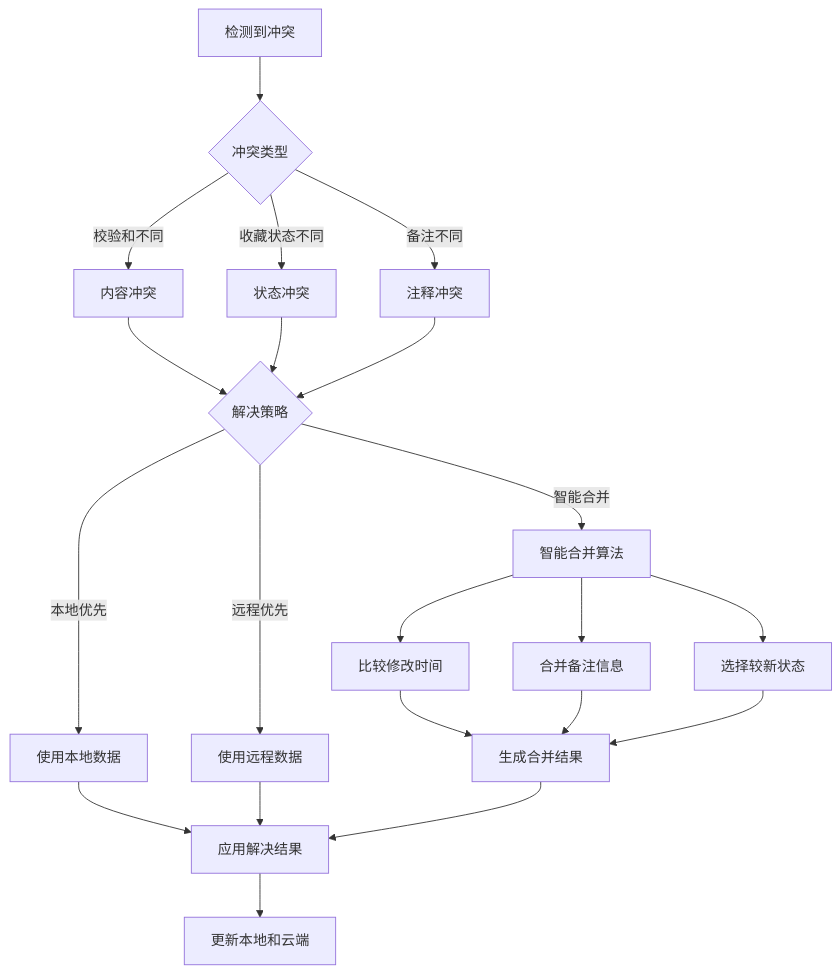
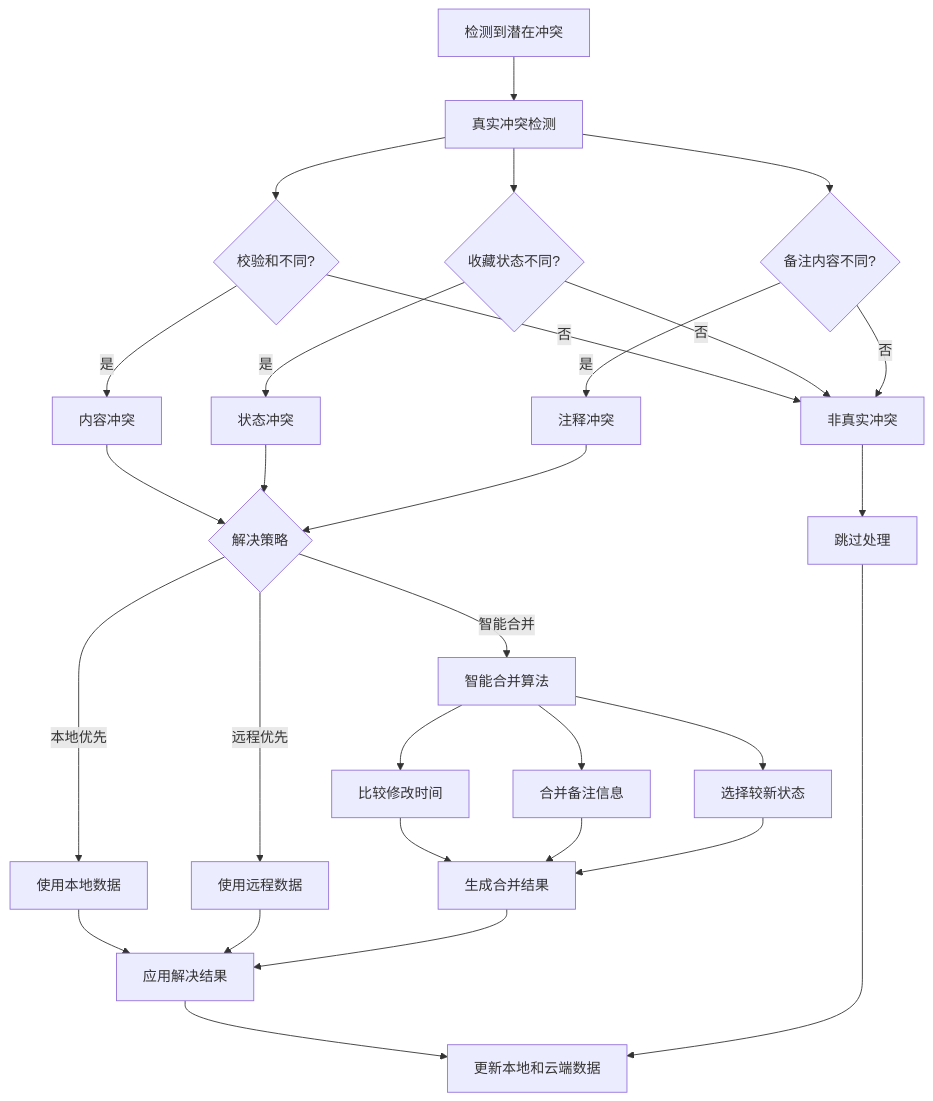
The fifth of 10 diagrams in docs/architecture-diagram.md (Ruszero01/EcoPaste-Sync), drawn with Mermaid before and after one commit. The commit also changed other lines of this file and 5 other files, not shown here.

````diff
--- a/docs/architecture-diagram.md
+++ b/docs/architecture-diagram.md
@@ -126,30 +184,40 @@
 ```mermaid
 graph TD
-    A[检测到冲突] --> B{冲突类型}
+    A[检测到潜在冲突] --> B[真实冲突检测]
 
-    B -->|校验和不同| C[内容冲突]
-    B -->|收藏状态不同| D[状态冲突]
-    B -->|备注不同| E[注释冲突]
+    B --> C{校验和不同?}
+    B --> D{收藏状态不同?}
+    B --> E{备注内容不同?}
 
-    C --> F{解决策略}
-    D --> F
-    E --> F
+    C -->|是| F[内容冲突]
+    D -->|是| G[状态冲突]
+    E -->|是| H[注释冲突]
 
-    F -->|本地优先| G[使用本地数据]
-    F -->|远程优先| H[使用远程数据]
-    F -->|智能合并| I[智能合并算法]
+    C -->|否| I[非真实冲突]
+    D -->|否| I
+    E -->|否| I
 
-    I --> J[比较修改时间]
-    I --> K[合并备注信息]
-    I --> L[选择较新状态]
+    F --> J{解决策略}
+    G --> J
+    H --> J
+    I --> K[跳过处理]
 
-    J --> M[生成合并结果]
-    K --> M
-    L --> M
+    J -->|本地优先| L[使用本地数据]
+    J -->|远程优先| M[使用远程数据]
+    J -->|智能合并| N[智能合并算法]
 
-    G --> N[应用解决结果]
-    H --> N
-    M --> N
+    N --> O[比较修改时间]
+    N --> P[合并备注信息]
+    N --> Q[选择较新状态]
 
-    N --> O[更新本地和云端]
+    O --> R[生成合并结果]
+    P --> R
+    Q --> R
+
+    L --> S[应用解决结果]
+    M --> S
+    R --> S
+
+    S --> T[更新本地和云端数据]
+    K --> T
 ```
````
